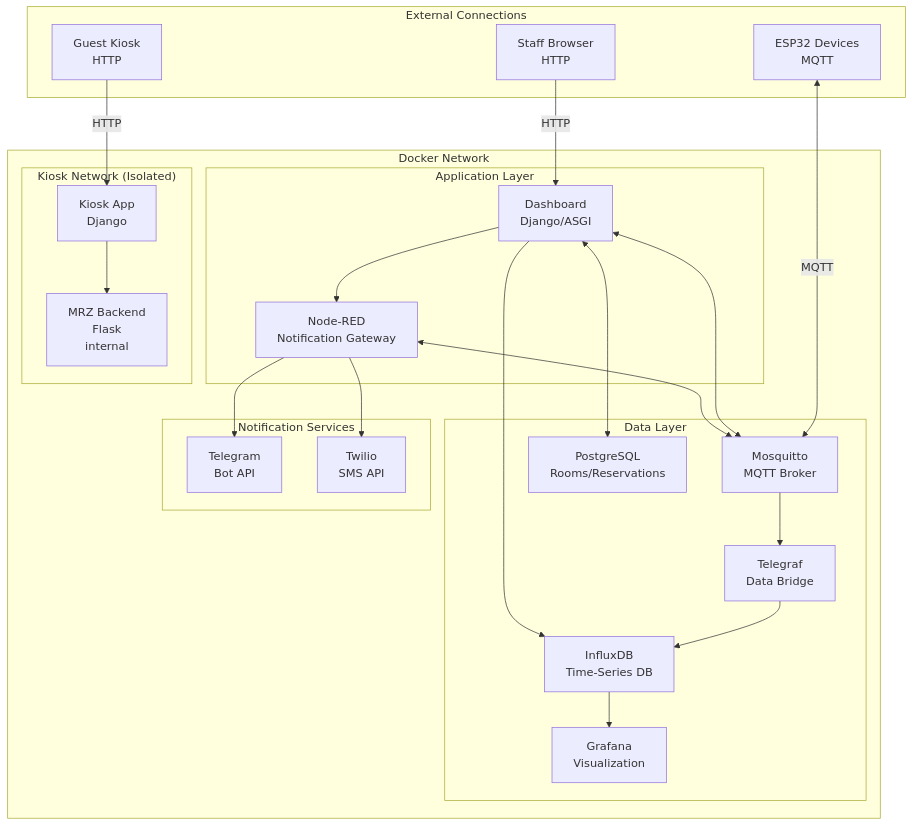
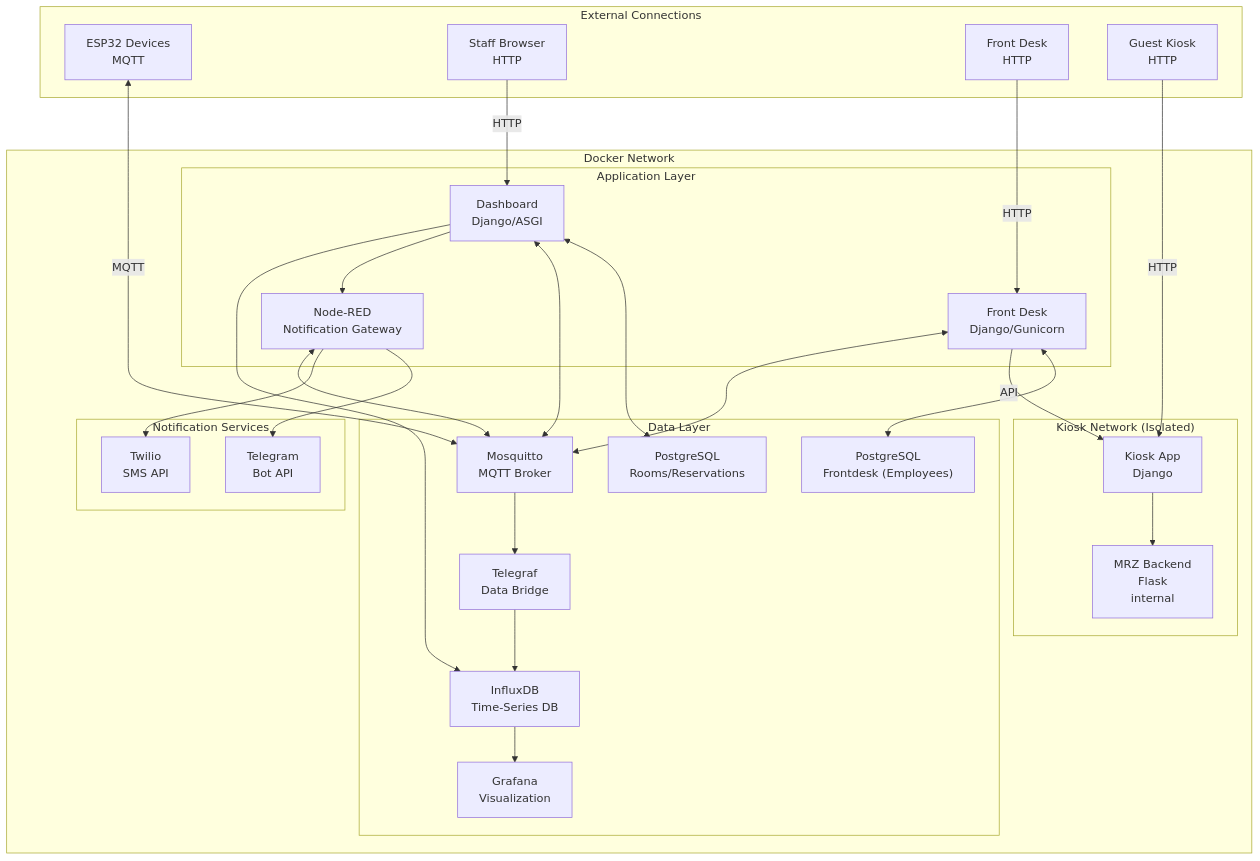
The first of 5 diagrams in cloud/README.md (omarmx9/smart-hotel), drawn with Mermaid before and after one commit. The commit also changed other lines of this file and 88 other files, not shown here.

First line of the commit message:
feat: Add frontdesk app with kiosk database integration

````diff
--- a/cloud/README.md
+++ b/cloud/README.md
@@ -39,52 +39,60 @@
 ```mermaid
 flowchart TB
     subgraph EXTERNAL["External Connections"]
         ESP32["ESP32 Devices<br/>MQTT"]
         STAFF["Staff Browser<br/>HTTP"]
+        RECEPTIONIST["Front Desk<br/>HTTP"]
         GUESTS["Guest Kiosk<br/>HTTP"]
     end
 
     subgraph DOCKER["Docker Network"]
         subgraph DATA_LAYER["Data Layer"]
             MOSQUITTO["Mosquitto<br/>MQTT Broker"]
             TELEGRAF["Telegraf<br/>Data Bridge"]
             INFLUXDB["InfluxDB<br/>Time-Series DB"]
             GRAFANA["Grafana<br/>Visualization"]
             POSTGRES["PostgreSQL<br/>Rooms/Reservations"]
+            POSTGRES_FD["PostgreSQL<br/>Frontdesk (Employees)"]
         end
         
         subgraph APP_LAYER["Application Layer"]
             DASHBOARD["Dashboard<br/>Django/ASGI"]
+            FRONTDESK["Front Desk<br/>Django/Gunicorn"]
             NODERED["Node-RED<br/>Notification Gateway"]
         end
         
         subgraph NOTIFY["Notification Services"]
             TELEGRAM["Telegram<br/>Bot API"]
             SMS["Twilio<br/>SMS API"]
         end
         
         subgraph KIOSK_NET["Kiosk Network (Isolated)"]
             KIOSK["Kiosk App<br/>Django"]
             MRZ["MRZ Backend<br/>Flask<br/>internal"]
         end
     end
 
     ESP32 <-->|MQTT| MOSQUITTO
     STAFF -->|HTTP| DASHBOARD
+    RECEPTIONIST -->|HTTP| FRONTDESK
     GUESTS -->|HTTP| KIOSK
     
     MOSQUITTO --> TELEGRAF
     TELEGRAF --> INFLUXDB
     INFLUXDB --> GRAFANA
     
     DASHBOARD <--> POSTGRES
     DASHBOARD <--> MOSQUITTO
     DASHBOARD --> NODERED
     DASHBOARD --> INFLUXDB
     
+    FRONTDESK <--> POSTGRES_FD
+    FRONTDESK -->|API| KIOSK
+    FRONTDESK <--> MOSQUITTO
+    
     NODERED --> TELEGRAM
     NODERED --> SMS
     NODERED <--> MOSQUITTO
     
     KIOSK --> MRZ
 ```
````
